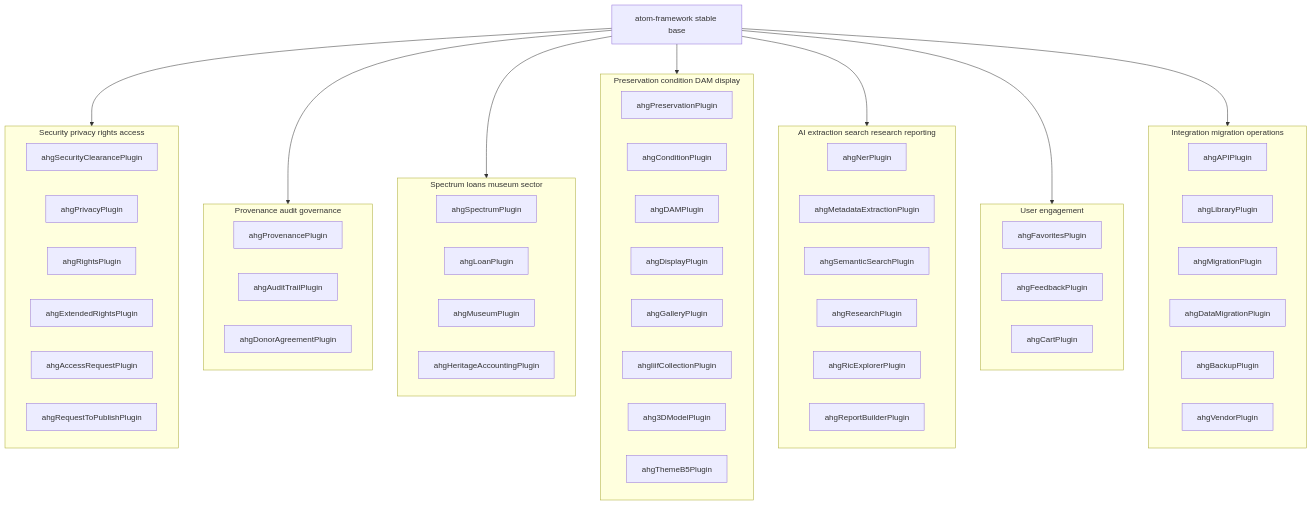
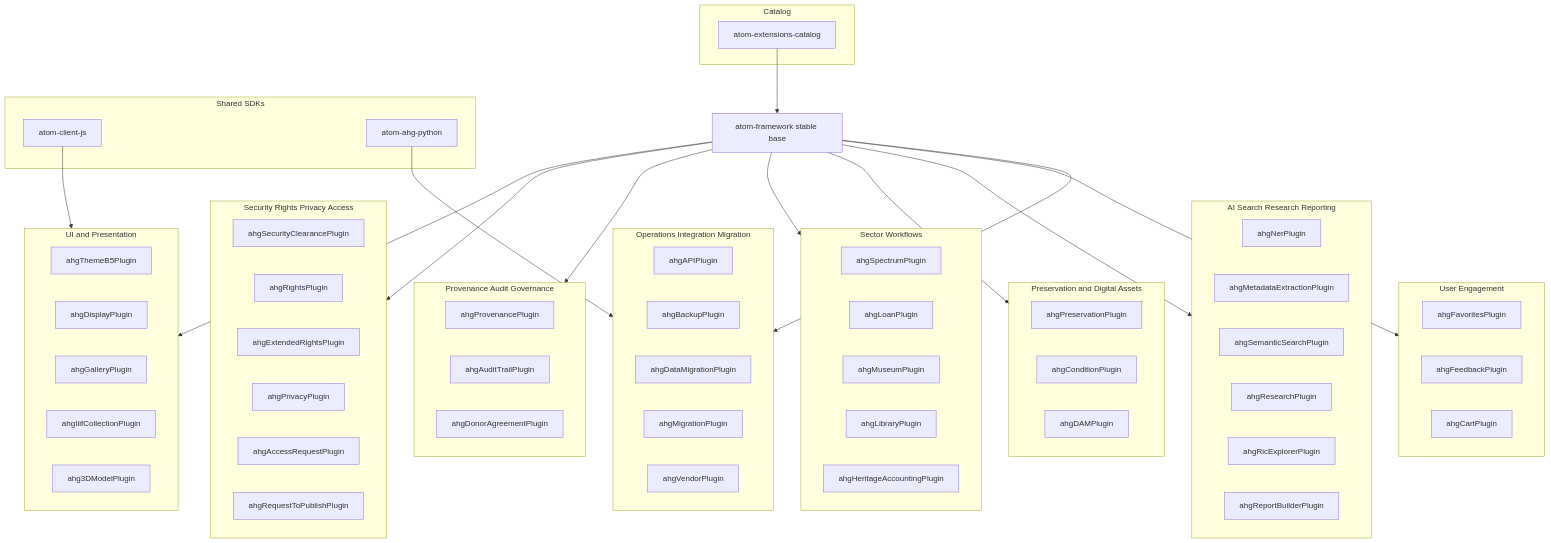
The first of 2 diagrams in profile/README.md (ArchiveHeritageGroup/.github), drawn with Mermaid before and after one commit. The commit also changed other lines of this file, not shown here.

````diff
--- a/profile/README.md
+++ b/profile/README.md
@@ -38,73 +38,90 @@
 ```mermaid
 
-%%{init: {"flowchart":{"nodeSpacing":50,"rankSpacing":60}}}%%
+%%{init: {"flowchart":{"nodeSpacing":55,"rankSpacing":65}}}%%
 flowchart TB
 
   FW[atom-framework stable base]
 
-  subgraph C1["Security privacy rights access"]
-    P1[ahgSecurityClearancePlugin]
-    P2[ahgPrivacyPlugin]
-    P3[ahgRightsPlugin]
-    P4[ahgExtendedRightsPlugin]
-    P5[ahgAccessRequestPlugin]
-    P6[ahgRequestToPublishPlugin]
+  subgraph SDK["Shared SDKs"]
+    JS[atom-client-js]
+    PY[atom-ahg-python]
   end
 
-  subgraph C2["Provenance audit governance"]
-    P7[ahgProvenancePlugin]
-    P8[ahgAuditTrailPlugin]
-    P9[ahgDonorAgreementPlugin]
+  subgraph GOV["Catalog"]
+    CAT[atom-extensions-catalog]
   end
 
-  subgraph C3["Spectrum loans museum sector"]
-    P10[ahgSpectrumPlugin]
-    P11[ahgLoanPlugin]
-    P12[ahgMuseumPlugin]
-    P13[ahgHeritageAccountingPlugin]
+  subgraph UI["UI and Presentation"]
+    THEME[ahgThemeB5Plugin]
+    DISP[ahgDisplayPlugin]
+    GALL[ahgGalleryPlugin]
+    IIIF[ahgIiifCollectionPlugin]
+    M3D[ahg3DModelPlugin]
   end
 
-  subgraph C4["Preservation condition DAM display"]
-    P14[ahgPreservationPlugin]
-    P15[ahgConditionPlugin]
-    P16[ahgDAMPlugin]
-    P17[ahgDisplayPlugin]
-    P18[ahgGalleryPlugin]
-    P19[ahgIiifCollectionPlugin]
-    P20[ahg3DModelPlugin]
-    P21[ahgThemeB5Plugin]
+  subgraph SEC["Security Rights Privacy Access"]
+    CLR[ahgSecurityClearancePlugin]
+    RGT[ahgRightsPlugin]
+    XRGT[ahgExtendedRightsPlugin]
+    PRV[ahgPrivacyPlugin]
+    ARQ[ahgAccessRequestPlugin]
+    PUB[ahgRequestToPublishPlugin]
   end
 
-  subgraph C5["AI extraction search research reporting"]
-    P22[ahgNerPlugin]
-    P23[ahgMetadataExtractionPlugin]
-    P24[ahgSemanticSearchPlugin]
-    P25[ahgResearchPlugin]
-    P26[ahgRicExplorerPlugin]
-    P27[ahgReportBuilderPlugin]
+  subgraph GOV2["Provenance Audit Governance"]
+    PROV[ahgProvenancePlugin]
+    AUD[ahgAuditTrailPlugin]
+    DON[ahgDonorAgreementPlugin]
   end
 
-  subgraph C6["User engagement"]
-    P28[ahgFavoritesPlugin]
-    P29[ahgFeedbackPlugin]
-    P30[ahgCartPlugin]
+  subgraph SECTOR["Sector Workflows"]
+    SPEC[ahgSpectrumPlugin]
+    LOAN[ahgLoanPlugin]
+    MUS[ahgMuseumPlugin]
+    LIB[ahgLibraryPlugin]
+    ACC[ahgHeritageAccountingPlugin]
   end
 
-  subgraph C7["Integration migration operations"]
-    P31[ahgAPIPlugin]
-    P32[ahgLibraryPlugin]
-    P33[ahgMigrationPlugin]
-    P34[ahgDataMigrationPlugin]
-    P35[ahgBackupPlugin]
-    P36[ahgVendorPlugin]
+  subgraph PRES["Preservation and Digital Assets"]
+    PPR[ahgPreservationPlugin]
+    COND[ahgConditionPlugin]
+    DAM[ahgDAMPlugin]
   end
 
-  FW --> C1
-  FW --> C2
-  FW --> C3
-  FW --> C4
-  FW --> C5
-  FW --> C6
-  FW --> C7
+  subgraph AI["AI Search Research Reporting"]
+    NER[ahgNerPlugin]
+    META[ahgMetadataExtractionPlugin]
+    SEM[ahgSemanticSearchPlugin]
+    RSR[ahgResearchPlugin]
+    RIC[ahgRicExplorerPlugin]
+    REP[ahgReportBuilderPlugin]
+  end
+
+  subgraph ENG["User Engagement"]
+    FAV[ahgFavoritesPlugin]
+    FDB[ahgFeedbackPlugin]
+    CART[ahgCartPlugin]
+  end
+
+  subgraph OPS["Operations Integration Migration"]
+    API[ahgAPIPlugin]
+    BAK[ahgBackupPlugin]
+    DMIG[ahgDataMigrationPlugin]
+    MIG[ahgMigrationPlugin]
+    VEND[ahgVendorPlugin]
+  end
+
+  FW --> UI
+  FW --> SEC
+  FW --> GOV2
+  FW --> SECTOR
+  FW --> PRES
+  FW --> AI
+  FW --> ENG
+  FW --> OPS
+
+  CAT --> FW
+  JS --> UI
+  PY --> OPS
 
 ```
````
